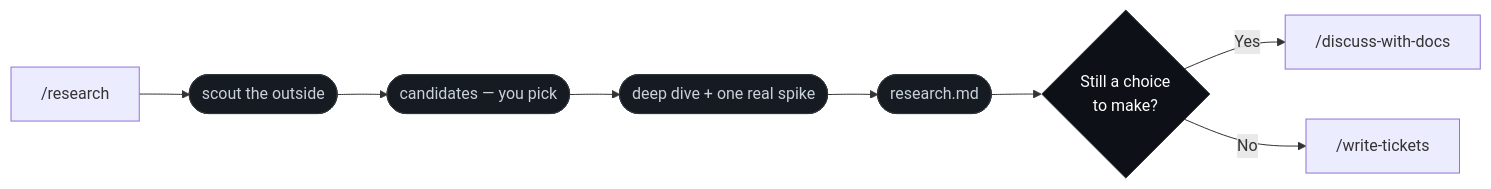
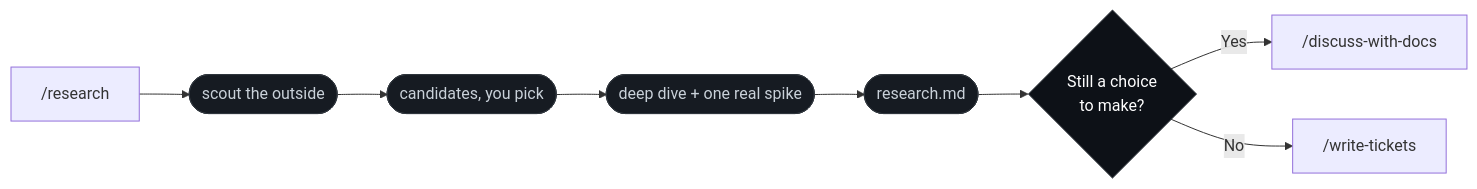
The seventh of 7 diagrams in README.md (NickDabizaz/skills), drawn with Mermaid before and after one commit. The commit also changed other lines of this file, not shown here.

````diff
--- a/README.md
+++ b/README.md
@@ -263,12 +267,12 @@
 ```mermaid
 flowchart LR
-    A["/research"] --> B(["scout the outside"]) --> C(["candidates — you pick"]) --> D(["deep dive + one real spike"]) --> E(["research.md"])
+    A["/research"] --> B(["scout the outside"]) --> C(["candidates, you pick"]) --> D(["deep dive + one real spike"]) --> E(["research.md"])
     E --> F{"Still a choice<br/>to make?"}
     F -->|"Yes"| G["/discuss-with-docs"]
     F -->|"No"| H["/write-tickets"]
     style B fill:#161b22,color:#c9d1d9,stroke:#30363d
     style C fill:#161b22,color:#c9d1d9,stroke:#30363d
     style D fill:#161b22,color:#c9d1d9,stroke:#30363d
     style E fill:#161b22,color:#c9d1d9,stroke:#30363d
     style F fill:#0d1117,color:#fff,stroke:#30363d
 ```
````
